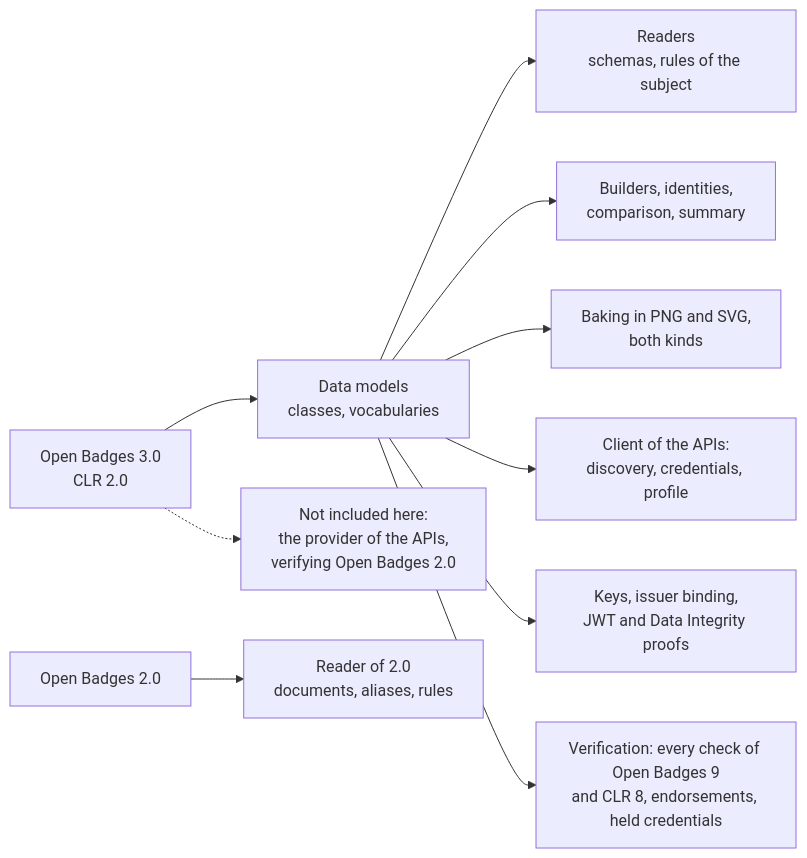
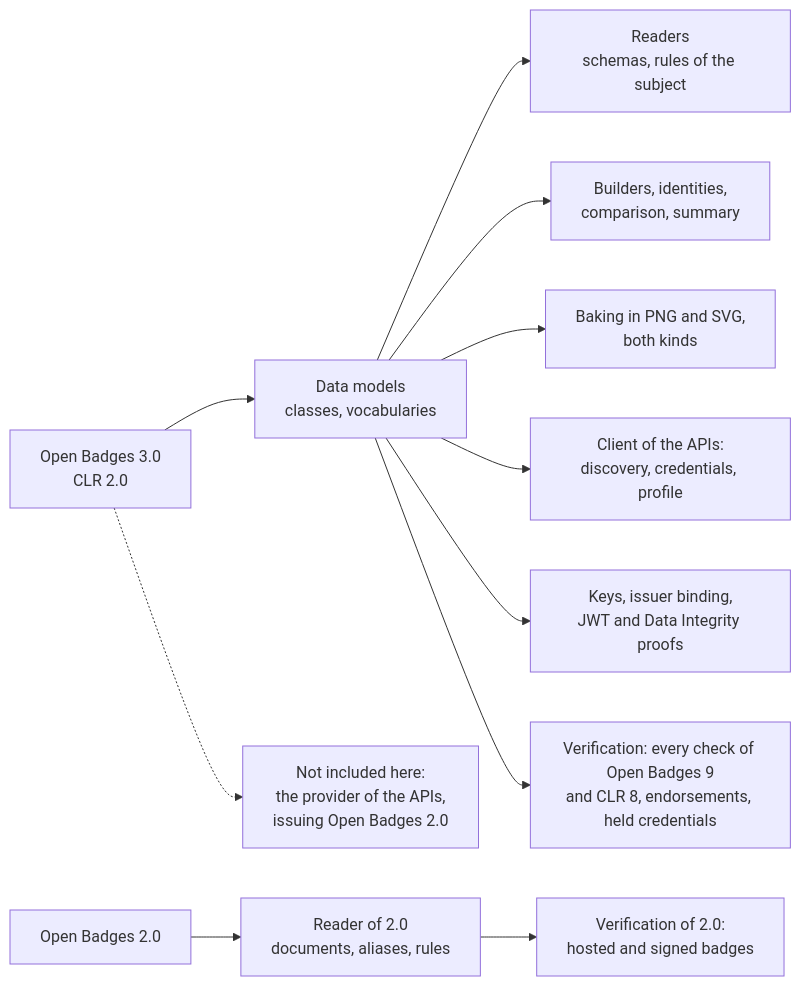
The diagram in docs/achievement-credentials/supported.md (interopkit/interopkit), drawn with Mermaid before and after one commit. The commit also changed other lines of this file and 28 other files, not shown here.

Commit message:
Verify Open Badges 2.0 badges: hosted at their id within the issuer's policy, or signed by a key that the issuer lists and not revoked

````diff
--- a/docs/achievement-credentials/supported.md
+++ b/docs/achievement-credentials/supported.md
@@ -6,12 +6,13 @@
 ```mermaid
 flowchart LR
   spec["Open Badges 3.0<br/>CLR 2.0"] --> model["Data models<br/>classes, vocabularies"]
   model --> read["Readers<br/>schemas, rules of the subject"]
   model --> issue["Builders, identities,<br/>comparison, summary"]
   model --> baking["Baking in PNG and SVG,<br/>both kinds"]
   model --> client["Client of the APIs:<br/>discovery, credentials, profile"]
   model --> keys["Keys, issuer binding,<br/>JWT and Data Integrity proofs"]
   spec2["Open Badges 2.0"] --> read2["Reader of 2.0<br/>documents, aliases, rules"]
+  read2 --> verify2["Verification of 2.0:<br/>hosted and signed badges"]
   model --> verify["Verification: every check of Open Badges 9<br/>and CLR 8, endorsements, held credentials"]
-  spec -.-> outside["Not included here:<br/>the provider of the APIs,<br/>verifying Open Badges 2.0"]
+  spec -.-> outside["Not included here:<br/>the provider of the APIs,<br/>issuing Open Badges 2.0"]
 ```
````
